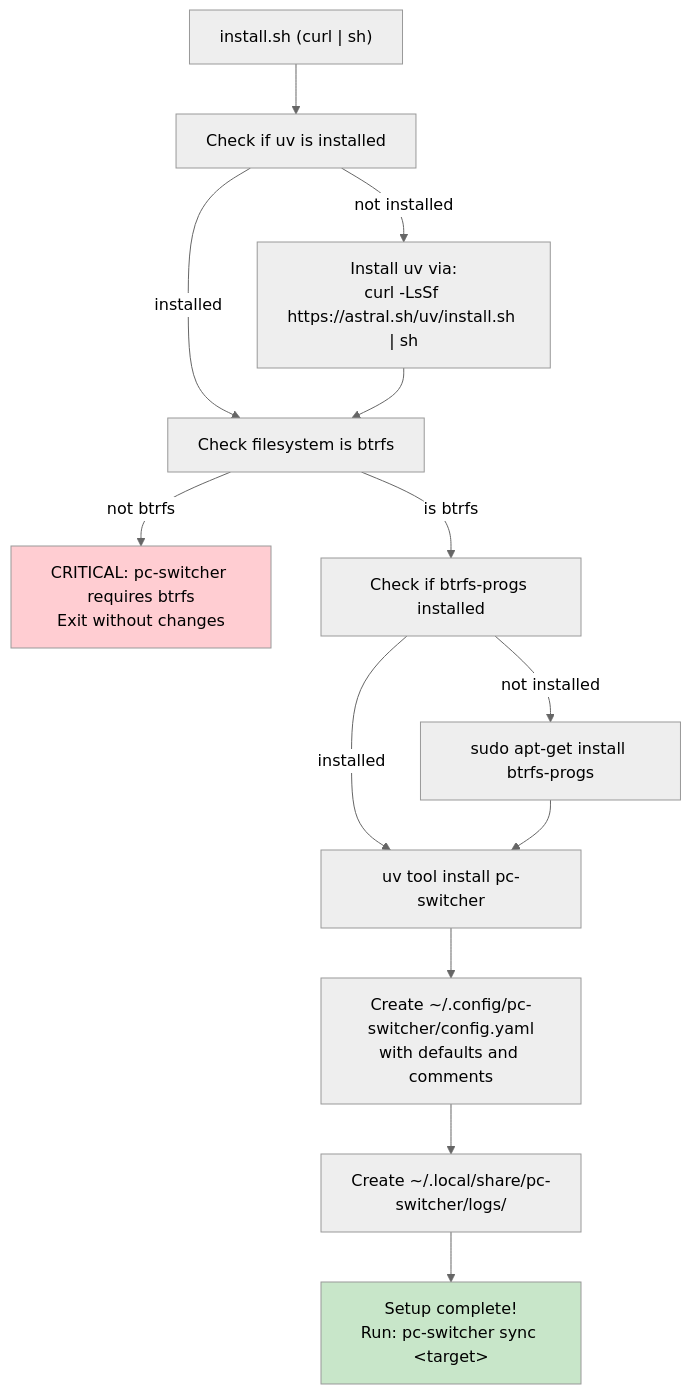
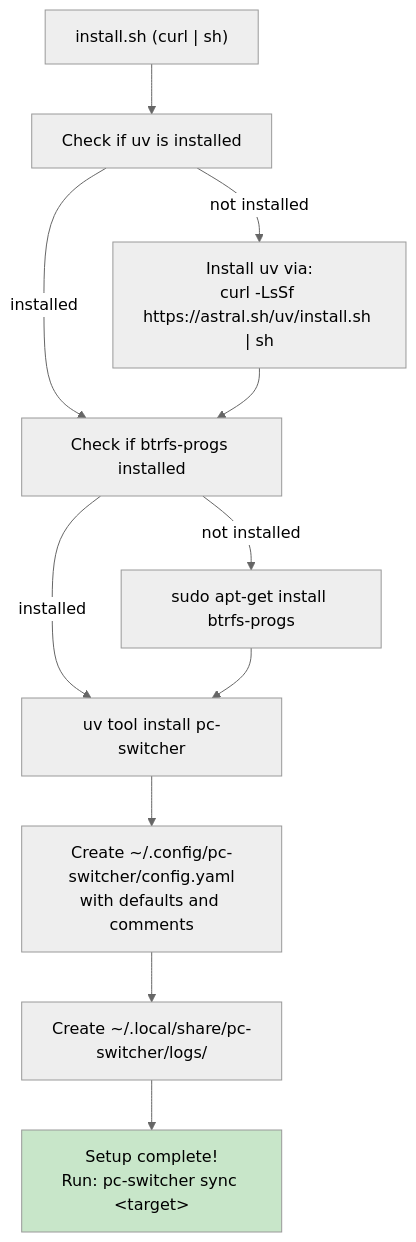
Before and after one commit to flaksit/pc-switcher: diagram 21 of 21 in specs/001-foundation/architecture.md, drawn with Mermaid (neutral theme). The commit also changed other lines of this file and 10 other files, not shown here.

````diff
--- a/specs/001-foundation/architecture.md
+++ b/specs/001-foundation/architecture.md
@@ -1542,37 +1575,31 @@
 ```mermaid
 graph TD
     Start["install.sh (curl | sh)"]
 
     CheckUV["Check if uv is installed"]
     InstallUV["Install uv via:<br/>curl -LsSf https://astral.sh/uv/install.sh | sh"]
-
-    CheckBtrfs["Check filesystem is btrfs"]
-    BtrfsNo["CRITICAL: pc-switcher requires btrfs<br/>Exit without changes"]
 
     CheckBtrfsProgs["Check if btrfs-progs installed"]
     InstallBtrfsProgs["sudo apt-get install btrfs-progs"]
 
     InstallPCSwitcher["uv tool install pc-switcher"]
 
     CreateConfig["Create ~/.config/pc-switcher/config.yaml<br/>with defaults and comments"]
 
     CreateDirs["Create ~/.local/share/pc-switcher/logs/"]
 
     Success["Setup complete!<br/>Run: pc-switcher sync &lt;target&gt;"]
 
     Start --> CheckUV
     CheckUV -->|not installed| InstallUV
-    CheckUV -->|installed| CheckBtrfs
-    InstallUV --> CheckBtrfs
-    CheckBtrfs -->|not btrfs| BtrfsNo
-    CheckBtrfs -->|is btrfs| CheckBtrfsProgs
+    CheckUV -->|installed| CheckBtrfsProgs
+    InstallUV --> CheckBtrfsProgs
     CheckBtrfsProgs -->|not installed| InstallBtrfsProgs
     CheckBtrfsProgs -->|installed| InstallPCSwitcher
     InstallBtrfsProgs --> InstallPCSwitcher
     InstallPCSwitcher --> CreateConfig
     CreateConfig --> CreateDirs
     CreateDirs --> Success
 
-    style BtrfsNo fill:#ffcdd2
     style Success fill:#c8e6c9
 ```
````
